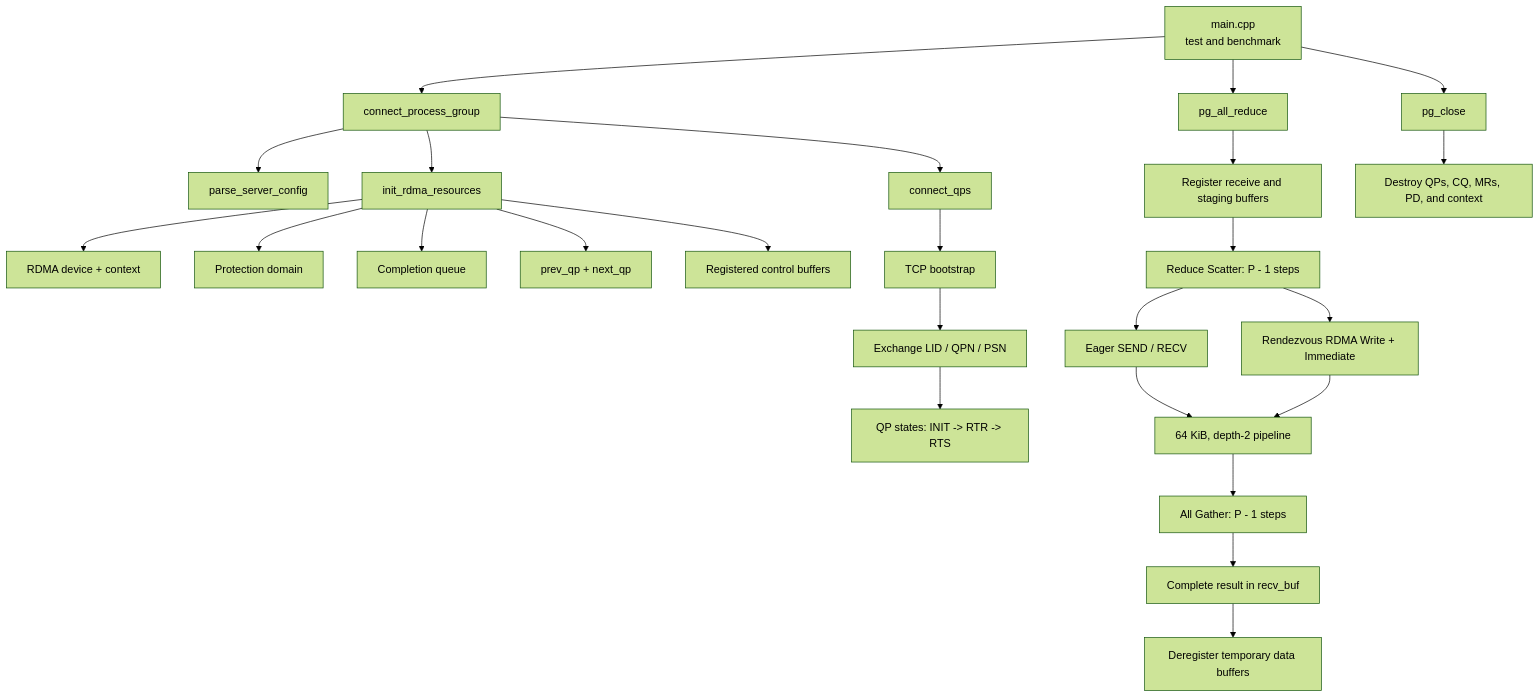
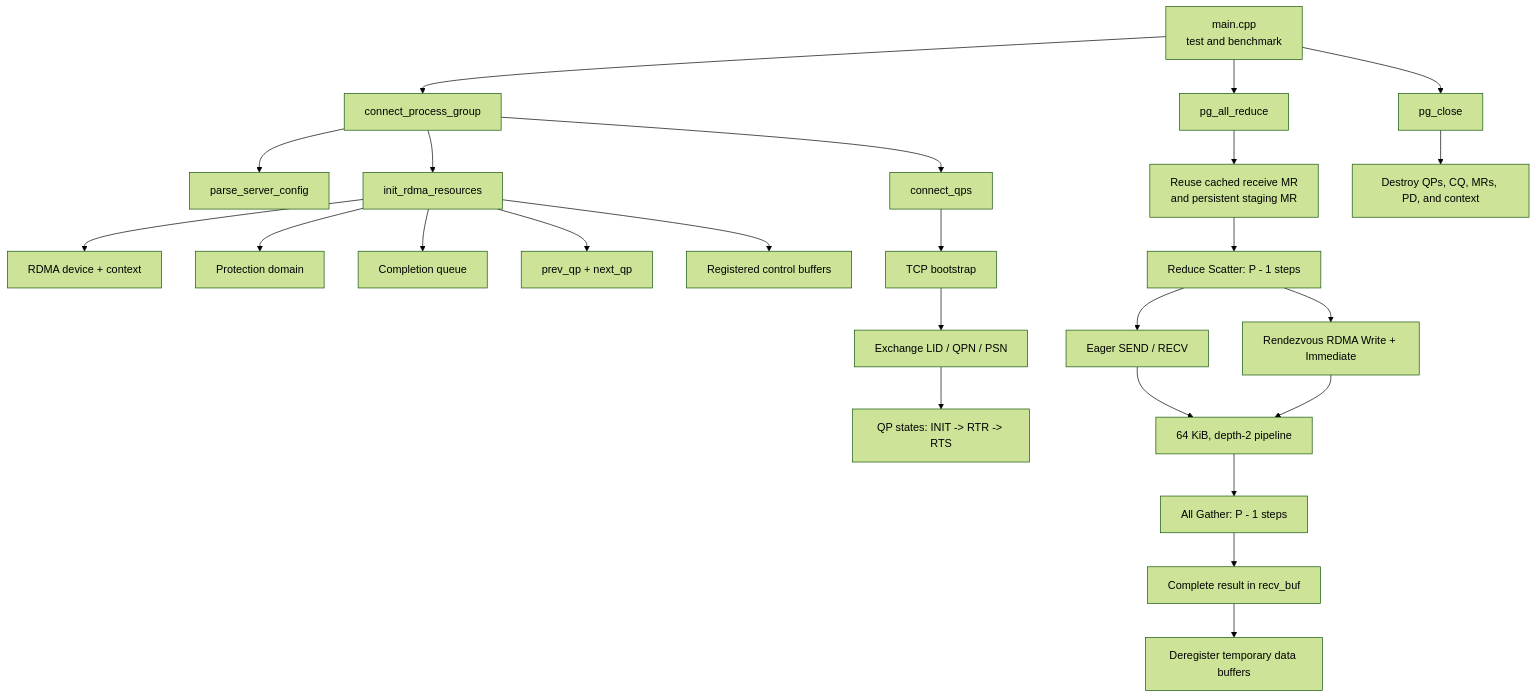
The first of 3 diagrams in README.md (shir49Inbar/CNEx3), drawn with Mermaid (forest theme) before and after one commit. The commit also changed other lines of this file and 3 other files, not shown here.

````diff
--- a/README.md
+++ b/README.md
@@ -26,32 +28,32 @@
 ```mermaid
 flowchart TD
     Main["main.cpp<br/>test and benchmark"] --> Connect["connect_process_group"]
     Connect --> Parse["parse_server_config"]
     Connect --> Init["init_rdma_resources"]
     Connect --> ConnectQPs["connect_qps"]
 
     Init --> Device["RDMA device + context"]
     Init --> PD["Protection domain"]
     Init --> CQ["Completion queue"]
     Init --> QPs["prev_qp + next_qp"]
     Init --> Control["Registered control buffers"]
 
     ConnectQPs --> TCP["TCP bootstrap"]
     TCP --> Exchange["Exchange LID / QPN / PSN"]
     Exchange --> QPState["QP states: INIT -> RTR -> RTS"]
 
     Main --> AllReduce["pg_all_reduce"]
-    AllReduce --> Register["Register receive and staging buffers"]
+    AllReduce --> Register["Reuse cached receive MR<br/>and persistent staging MR"]
     Register --> ReduceScatter["Reduce Scatter: P - 1 steps"]
     ReduceScatter --> Eager["Eager SEND / RECV"]
     ReduceScatter --> Rendezvous["Rendezvous RDMA Write + Immediate"]
     Eager --> Pipeline["64 KiB, depth-2 pipeline"]
     Rendezvous --> Pipeline
 
     Pipeline --> AllGather["All Gather: P - 1 steps"]
     AllGather --> FinalBuffer["Complete result in recv_buf"]
     FinalBuffer --> Release["Deregister temporary data buffers"]
 
     Main --> Close["pg_close"]
     Close --> Cleanup["Destroy QPs, CQ, MRs, PD, and context"]
 ```
````
